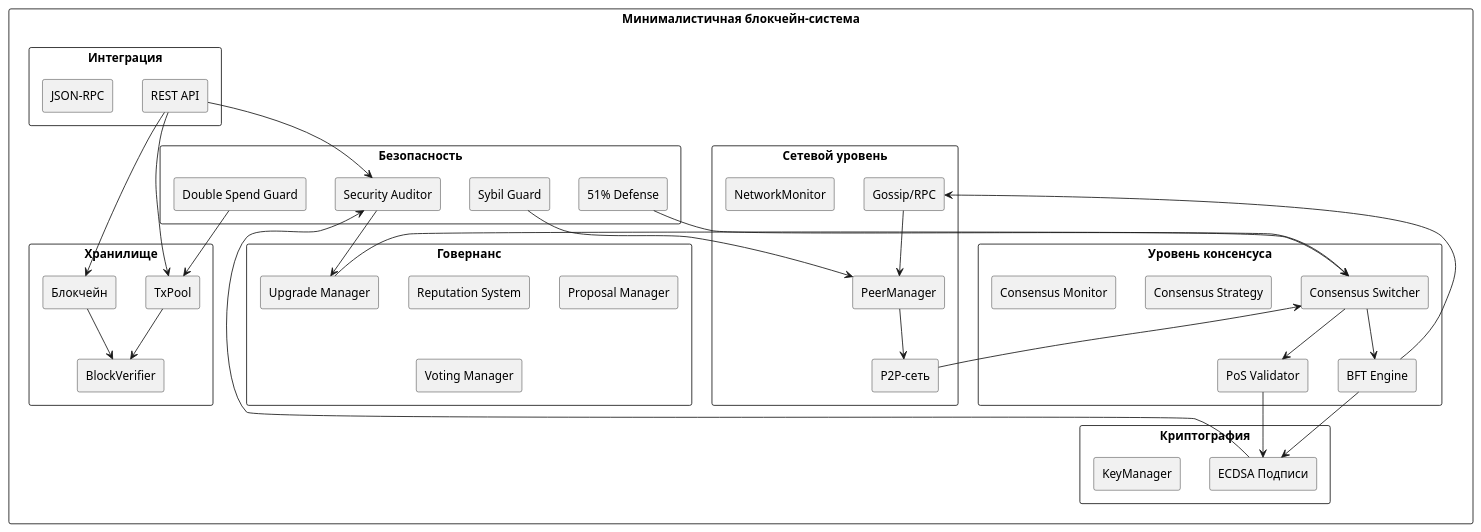
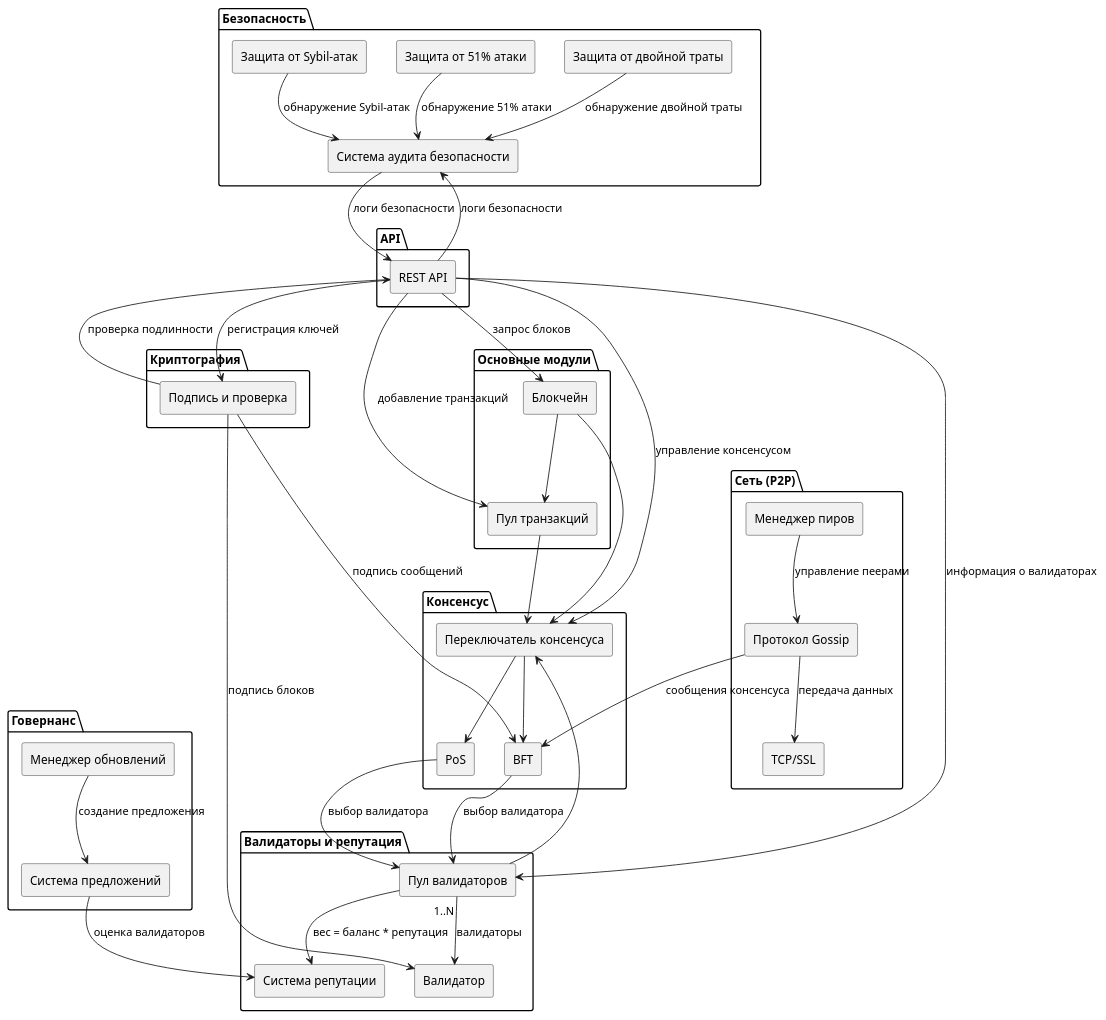
Before and after one commit to 0ReC0/blockchain: the diagram in blockchain/architecture.puml, drawn with PlantUML. The commit also changed 1 other file, not shown here.

Commit message:
feat(blockchain): обновление архитектуры и документации
Обновлены диаграмма архитектуры (architecture.puml) и README.md:
- Переработана структура компонентов в UML-диаграмме для лучшей читаемости и логической группировки
- Добавлены новые связи между модулями, отражающие реальные зависимости
- В README.md добавлено подробное описание структуры проекта, модулей, REST API, клиентской части и процесса запуска
- Улучшена организация информации для упрощения понимания архитектуры и взаимодействия компонентов

```diff
--- a/blockchain/architecture.puml
+++ b/blockchain/architecture.puml
@@ -1,80 +1,90 @@
 @startuml
 skinparam componentStyle rectangle
-skinparam packageStyle rectangle
-hide empty members
 
-package "Минималистичная блокчейн-система" {
-  package "Сетевой уровень" as NetworkLayer {
-    [P2P-сеть] as P2PNetwork
-    [Gossip/RPC] as GossipRPC
-    [PeerManager] as PeerManager
-    [NetworkMonitor] as NetworkMonitor
-  }
-
-  package "Уровень консенсуса" as ConsensusLayer {
-    [PoS Validator] as PoSValidator
-    [BFT Engine] as BFTEngine
-    [Consensus Switcher] as ConsensusSwitcher
-    [Consensus Strategy] as ConsensusStrategy
-    [Consensus Monitor] as ConsensusMonitor
-  }
-
-  package "Хранилище" as StorageLayer {
-    [Блокчейн] as BlockchainDB
-    [TxPool] as TxPool
-    [BlockVerifier] as BlockVerifier
-  }
-
-  package "Криптография" as CryptoLayer {
-    [ECDSA Подписи] as SignatureModule
-    [KeyManager] as KeyManager
-  }
-
-  package "Безопасность" as SecurityLayer {
-    [Double Spend Guard] as DoubleSpendGuard
-    [Sybil Guard] as SybilGuard
-    [51% Defense] as FiftyOnePercentGuard
-    [Security Auditor] as AuditLogs
-  }
-
-  package "Говернанс" as GovernanceLayer {
-    [Upgrade Manager] as UpgradeManager
-    [Reputation System] as ReputationSystem
-    [Proposal Manager] as ProposalManager
-    [Voting Manager] as VotingManager
-  }
-
-  package "Интеграция" as IntegrationLayer {
-    [REST API] as RESTAPI
-    [JSON-RPC] as JSONRPC
-  }
+package "Основные модули" {
+  [Блокчейн] as blockchain
+  [Пул транзакций] as txpool
 }
 
-' Связи между слоями
-P2PNetwork --> ConsensusSwitcher
-GossipRPC --> PeerManager
-PeerManager --> P2PNetwork
+package "Консенсус" {
+  [Переключатель консенсуса] as switcher
+  [PoS] as pos
+  [BFT] as bft
+}
 
-ConsensusSwitcher --> PoSValidator
-ConsensusSwitcher --> BFTEngine
-PoSValidator --> SignatureModule
-BFTEngine --> SignatureModule
-BFTEngine --> GossipRPC
+package "Валидаторы и репутация" {
+  [Валидатор] as validator
+  [Пул валидаторов] as validator_pool
+  [Система репутации] as reputation
+}
 
-TxPool --> BlockVerifier
-BlockchainDB --> BlockVerifier
+package "Безопасность" {
+  [Защита от двойной траты] as double_spend
+  [Защита от 51% атаки] as fiftyone
+  [Защита от Sybil-атак] as sybil
+  [Система аудита безопасности] as auditor
+}
 
-SignatureModule --> AuditLogs
+package "Сеть (P2P)" {
+  [Менеджер пиров] as peer_mgr
+  [Протокол Gossip] as gossip
+  [TCP/SSL] as tcp
+}
 
-DoubleSpendGuard --> TxPool
-SybilGuard --> PeerManager
-FiftyOnePercentGuard --> ConsensusSwitcher
-AuditLogs --> UpgradeManager
+package "API" {
+  [REST API] as rest_api
+}
 
-UpgradeManager --> ConsensusSwitcher
+package "Говернанс" {
+  [Менеджер обновлений] as upgrade_mgr
+  [Система предложений] as proposal
+}
 
-RESTAPI --> TxPool
-RESTAPI --> BlockchainDB
-RESTAPI --> AuditLogs
+package "Криптография" {
+  [Подпись и проверка] as signature
+}
 
+' ---- Основные связи ----
+blockchain --> txpool
+switcher --> pos
+switcher --> bft
+
+' ---- Консенсус и валидаторы ----
+pos --> validator_pool : "выбор валидатора"
+bft --> validator_pool : "выбор валидатора"
+validator_pool "1..N" --> validator : "валидаторы"
+validator_pool --> reputation : "вес = баланс * репутация"
+
+' ---- Безопасность ----
+double_spend --> auditor : "обнаружение двойной траты"
+fiftyone --> auditor : "обнаружение 51% атаки"
+sybil --> auditor : "обнаружение Sybil-атак"
+auditor --> rest_api : "логи безопасности"
+
+' ---- Сеть ----
+peer_mgr --> gossip : "управление пеерами"
+gossip --> tcp : "передача данных"
+gossip --> bft : "сообщения консенсуса"
+
+' ---- API ----
+rest_api --> blockchain : "запрос блоков"
+rest_api --> txpool : "добавление транзакций"
+rest_api --> switcher : "управление консенсусом"
+rest_api --> validator_pool : "информация о валидаторах"
+rest_api --> auditor : "логи безопасности"
+rest_api --> signature : "регистрация ключей"
+
+' ---- Говернанс ----
+upgrade_mgr --> proposal : "создание предложения"
+proposal --> reputation : "оценка валидаторов"
+
+' ---- Криптография ----
+signature --> validator : "подпись блоков"
+signature --> bft : "подпись сообщений"
+signature --> rest_api : "проверка подлинности"
+
+' ---- Обратные связи ----
+blockchain --> switcher
+txpool --> switcher
+validator_pool --> switcher
 @enduml
```
